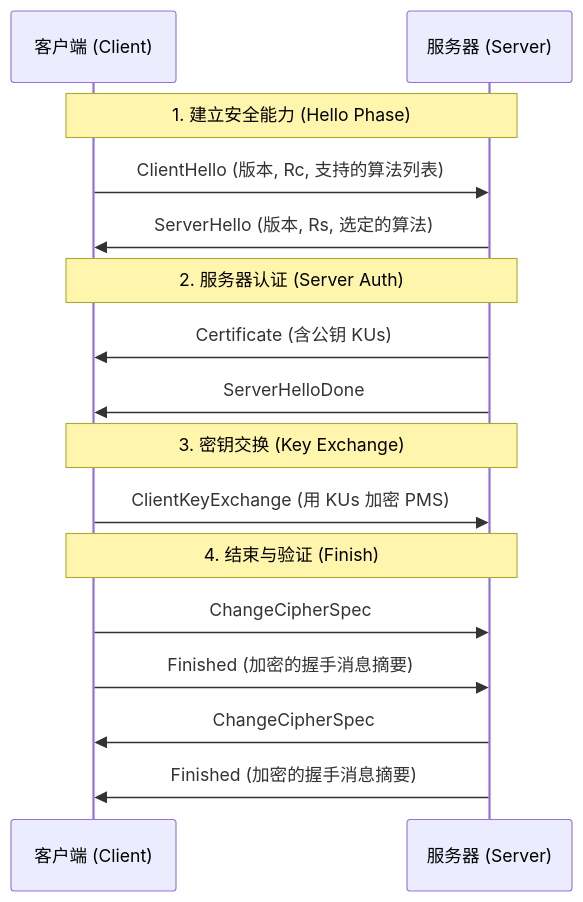
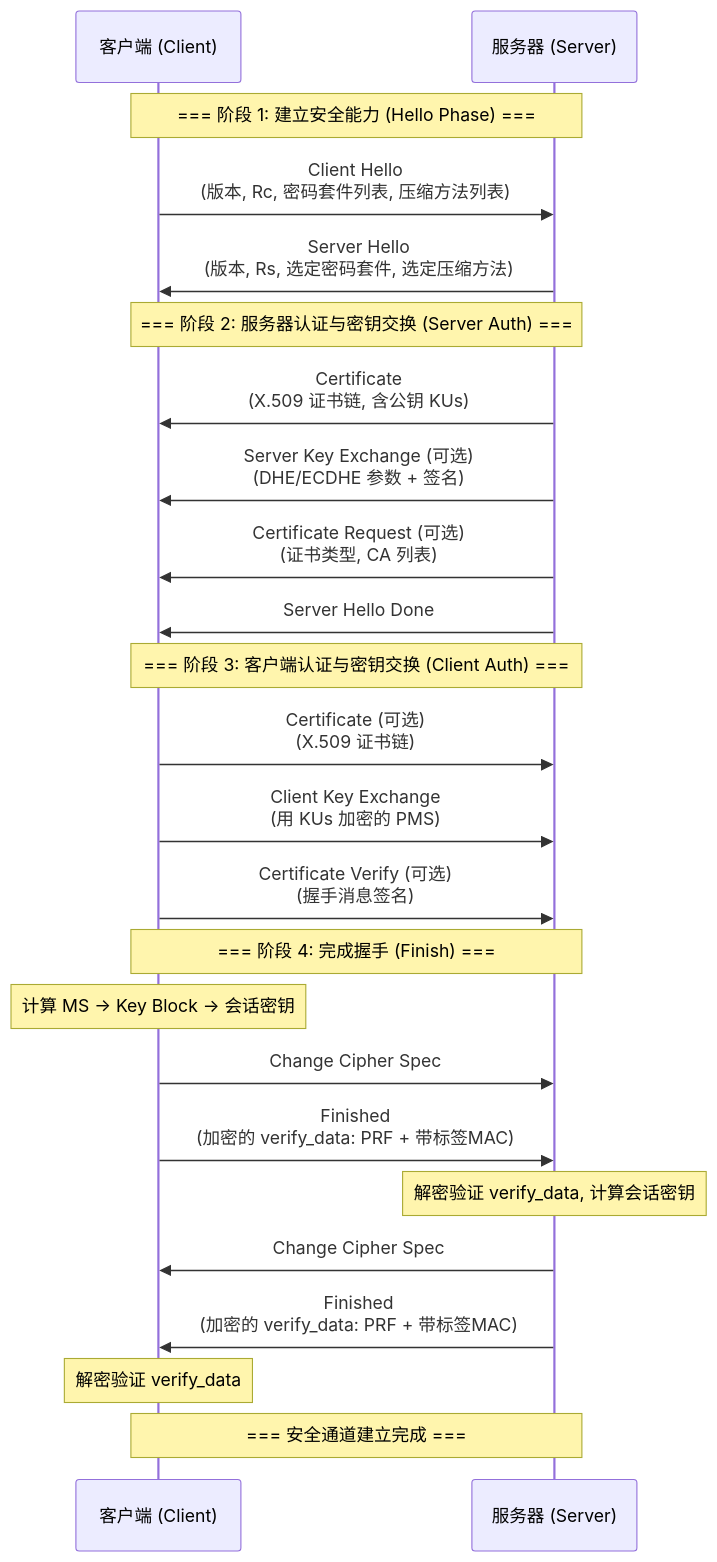
The diagram in 第11章 Web安全 学习笔记.md (Slight-Cloud/Cryptography_Notes), drawn with Mermaid before and after one commit. The commit also changed other lines of this file and 3 other files, not shown here.

````diff
--- a/第11章 Web安全 学习笔记.md
+++ b/第11章 Web安全 学习笔记.md
@@ -47,22 +54,31 @@
 ```mermaid
 sequenceDiagram
     participant C as 客户端 (Client)
     participant S as 服务器 (Server)
 
-    Note over C,S: 1. 建立安全能力 (Hello Phase)
-    C->>S: ClientHello (版本, Rc, 支持的算法列表)
-    S->>C: ServerHello (版本, Rs, 选定的算法)
+    Note over C,S: === 阶段 1: 建立安全能力 (Hello Phase) ===
+    C->>S: Client Hello<br/>(版本, Rc, 密码套件列表, 压缩方法列表)
+    S->>C: Server Hello<br/>(版本, Rs, 选定密码套件, 选定压缩方法)
 
-    Note over C,S: 2. 服务器认证 (Server Auth)
-    S->>C: Certificate (含公钥 KUs)
-    S->>C: ServerHelloDone
+    Note over C,S: === 阶段 2: 服务器认证与密钥交换 (Server Auth) ===
+    S->>C: Certificate<br/>(X.509 证书链, 含公钥 KUs)
+    S->>C: Server Key Exchange (可选)<br/>(DHE/ECDHE 参数 + 签名)
+    S->>C: Certificate Request (可选)<br/>(证书类型, CA 列表)
+    S->>C: Server Hello Done
 
-    Note over C,S: 3. 密钥交换 (Key Exchange)
-    C->>S: ClientKeyExchange (用 KUs 加密 PMS)
+    Note over C,S: === 阶段 3: 客户端认证与密钥交换 (Client Auth) ===
+    C->>S: Certificate (可选)<br/>(X.509 证书链)
+    C->>S: Client Key Exchange<br/>(用 KUs 加密的 PMS)
+    C->>S: Certificate Verify (可选)<br/>(握手消息签名)
 
-    Note over C,S: 4. 结束与验证 (Finish)
-    C->>S: ChangeCipherSpec
-    C->>S: Finished (加密的握手消息摘要)
-    S->>C: ChangeCipherSpec
-    S->>C: Finished (加密的握手消息摘要)
+    Note over C,S: === 阶段 4: 完成握手 (Finish) ===
+    Note over C: 计算 MS → Key Block → 会话密钥
+    C->>S: Change Cipher Spec
+    C->>S: Finished<br/>(加密的 verify_data: PRF + 带标签MAC)
+    Note over S: 解密验证 verify_data, 计算会话密钥
+    S->>C: Change Cipher Spec
+    S->>C: Finished<br/>(加密的 verify_data: PRF + 带标签MAC)
+    Note over C: 解密验证 verify_data
+
+    Note over C,S: === 安全通道建立完成 ===
 ```
````
